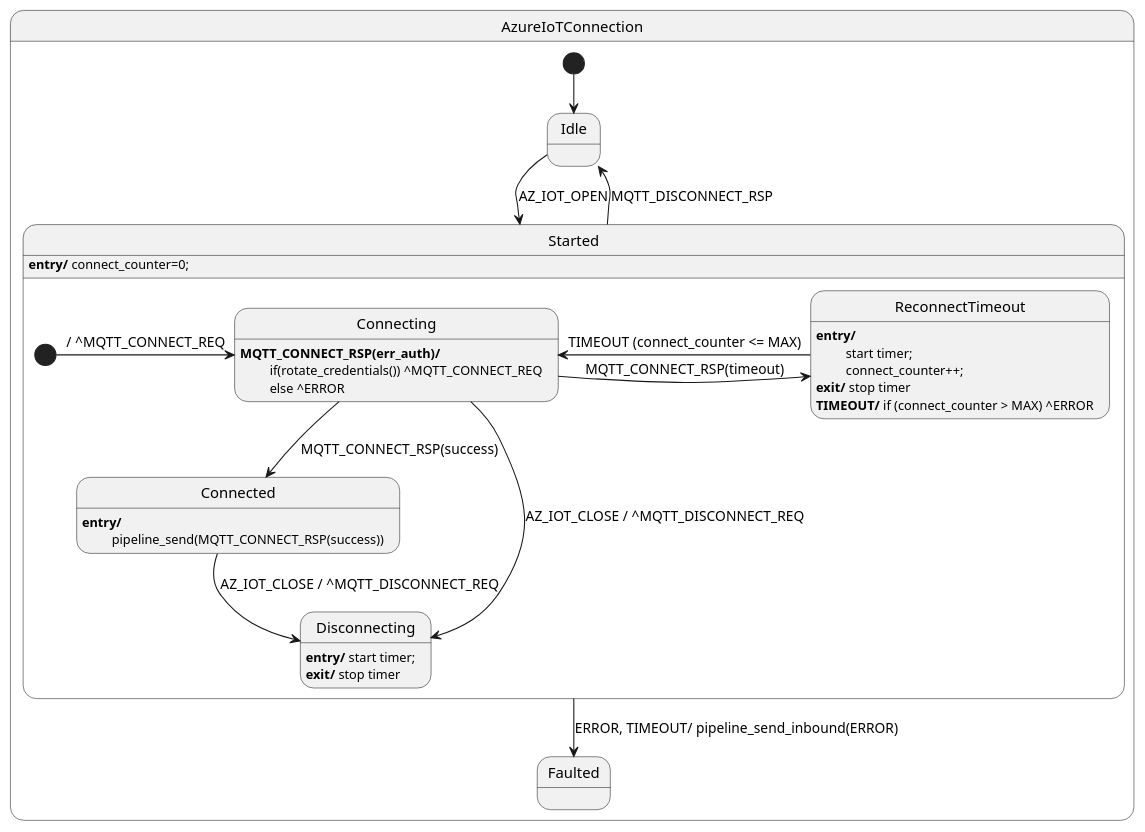
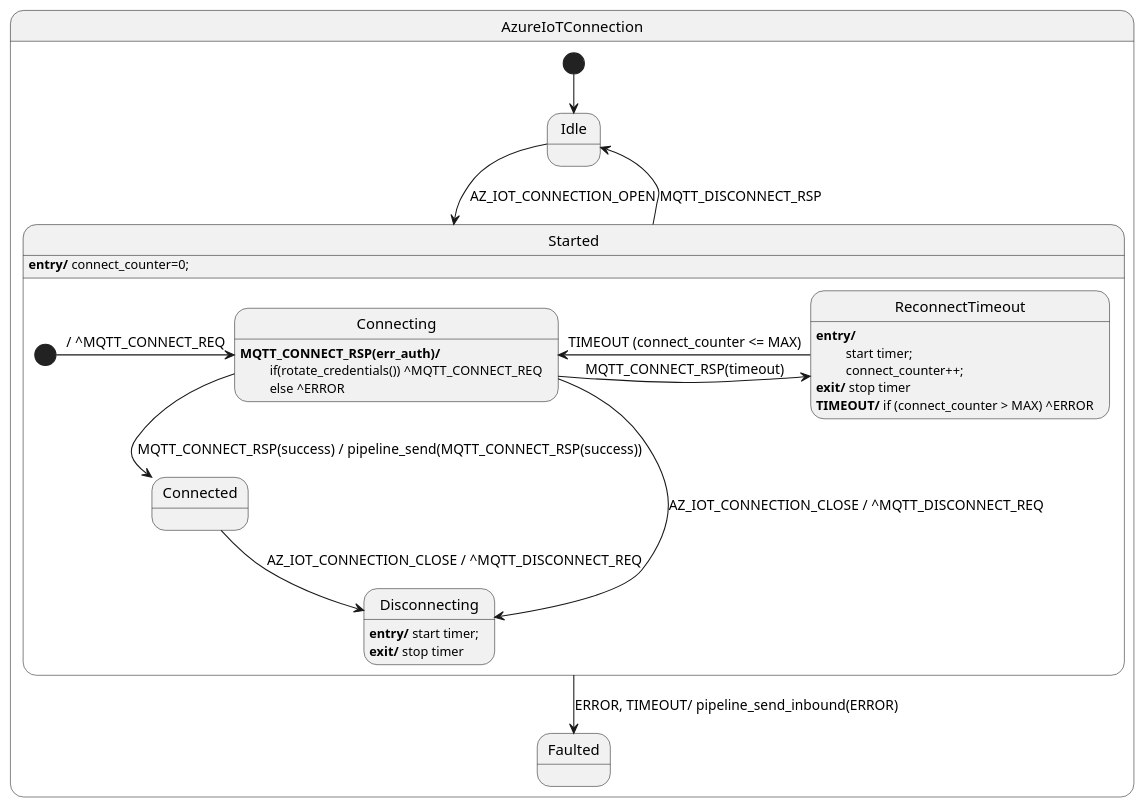
Before and after one commit to vaavva/azure-sdk-for-c-hfsm: the diagram in sdk/docs/iot/resources/iot_hfsm_connection.puml, drawn with PlantUML. The commit also changed 6 other files, not shown here.

```diff
--- a/sdk/docs/iot/resources/iot_hfsm_connection.puml
+++ b/sdk/docs/iot/resources/iot_hfsm_connection.puml
@@ -1,40 +1,38 @@
 @startuml
 
 state AzureIoTConnection {
 state Idle
     state Started {
         state Connecting
         Connecting : <b>MQTT_CONNECT_RSP(err_auth)/</b>
         Connecting : \t if(rotate_credentials()) ^MQTT_CONNECT_REQ
         Connecting : \t else ^ERROR
 
         state Connected
-        Connected : <b>entry/</b> 
-        Connected : \t pipeline_send(MQTT_CONNECT_RSP(success))
 
         state ReconnectTimeout
         ReconnectTimeout : <b>entry/</b> 
         ReconnectTimeout : \t start timer;
         ReconnectTimeout : \t connect_counter++;
         ReconnectTimeout : <b>exit/</b> stop timer
         ReconnectTimeout : <b>TIMEOUT/</b> if (connect_counter > MAX) ^ERROR
 
         state Disconnecting
         Disconnecting : <b>entry/</b> start timer; 
         Disconnecting : <b>exit/</b> stop timer
 
         [*] -> Connecting : / ^MQTT_CONNECT_REQ
-        Connecting --> Connected : MQTT_CONNECT_RSP(success)
+        Connecting --> Connected : MQTT_CONNECT_RSP(success) / pipeline_send(MQTT_CONNECT_RSP(success))
         Connecting -> ReconnectTimeout : MQTT_CONNECT_RSP(timeout)
-        Connecting --> Disconnecting : AZ_IOT_CLOSE / ^MQTT_DISCONNECT_REQ
-        Connected --> Disconnecting : AZ_IOT_CLOSE / ^MQTT_DISCONNECT_REQ
+        Connecting --> Disconnecting : AZ_IOT_CONNECTION_CLOSE / ^MQTT_DISCONNECT_REQ
+        Connected --> Disconnecting : AZ_IOT_CONNECTION_CLOSE / ^MQTT_DISCONNECT_REQ
         ReconnectTimeout -> Connecting : TIMEOUT (connect_counter <= MAX)
     }
     Started : <b>entry/</b> connect_counter=0;
 
     [*] --> Idle
-    Idle -> Started : AZ_IOT_OPEN
+    Idle -> Started : AZ_IOT_CONNECTION_OPEN
     Started --> Idle : MQTT_DISCONNECT_RSP
     Started --> Faulted: ERROR, TIMEOUT/ pipeline_send_inbound(ERROR)
 
 @enduml
```
